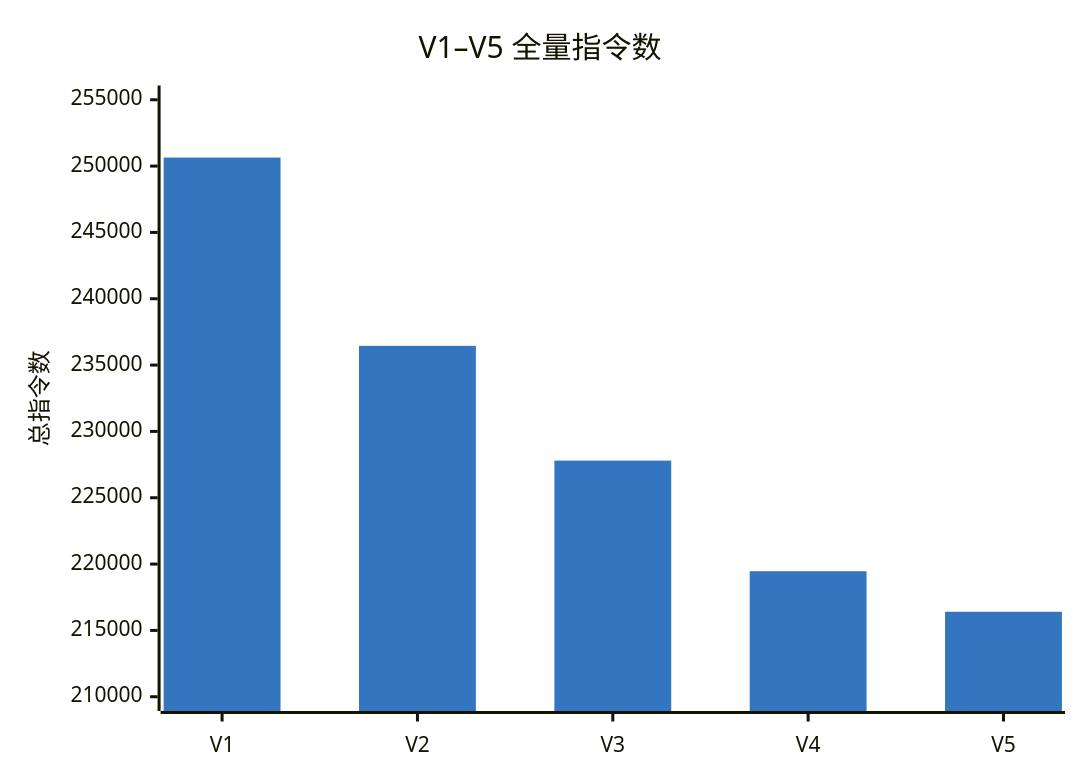
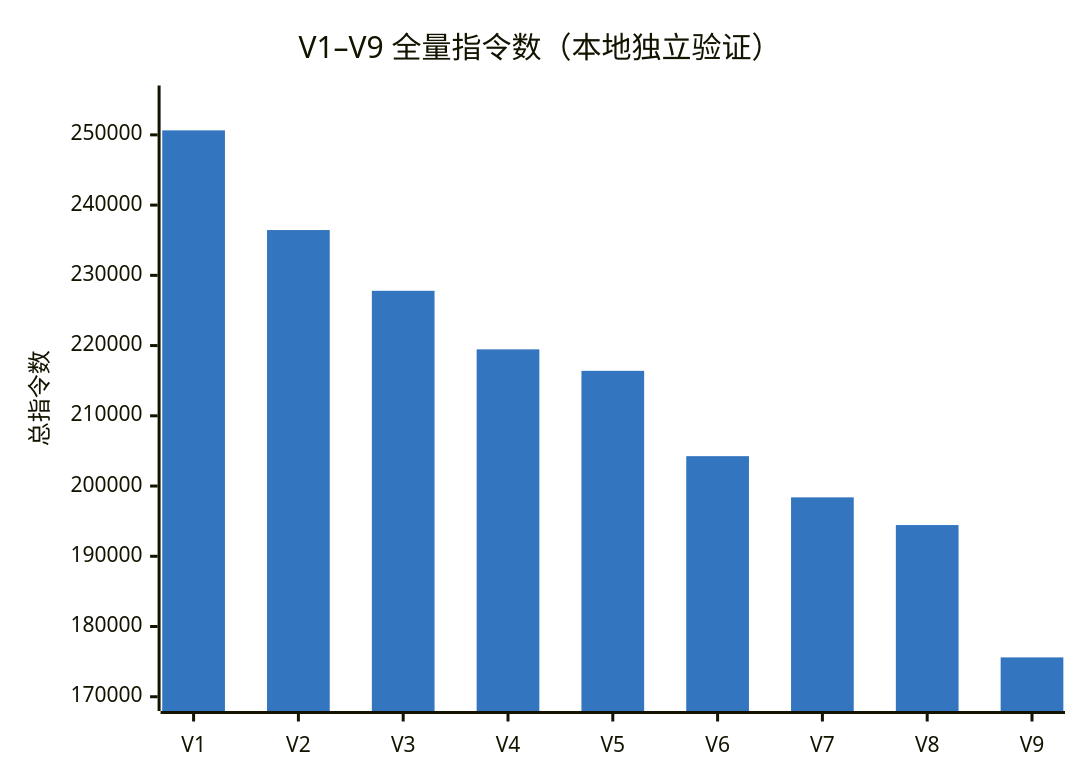
The diagram in competitions/santa-2026/docs/diagrams/version-scores.mmd (Leonardo-F/kaggle-lab), drawn with Mermaid before and after one commit. The commit also changed 13 other files, not shown here.

```diff
--- a/competitions/santa-2026/docs/diagrams/version-scores.mmd
+++ b/competitions/santa-2026/docs/diagrams/version-scores.mmd
@@ -1,6 +1,8 @@
 %%{init: {'theme':'base','themeVariables':{'xyChart':{'plotColorPalette':'#3375BE'}}}}%%
+%% 注意：同目录 version-scores.png 当前只覆盖 V1–V5，本回合没有离线 Mermaid 渲染器，未重绘 PNG。
+%% 互动报告顶部的动态成绩曲线由 docs/reports/*.json 生成；V1–V9 的最新口径以该动态曲线与正文表格为准。
 xychart-beta
-    title "V1–V5 全量指令数"
-    x-axis ["V1", "V2", "V3", "V4", "V5"]
-    y-axis "总指令数" 210000 --> 255000
-    bar [250642, 236449, 227799, 219462, 216404]
+    title "V1–V9 全量指令数（本地独立验证）"
+    x-axis ["V1", "V2", "V3", "V4", "V5", "V6", "V7", "V8", "V9"]
+    y-axis "总指令数" 170000 --> 255000
+    bar [250642, 236449, 227799, 219462, 216404, 204255, 198388, 194444, 175604]
```
